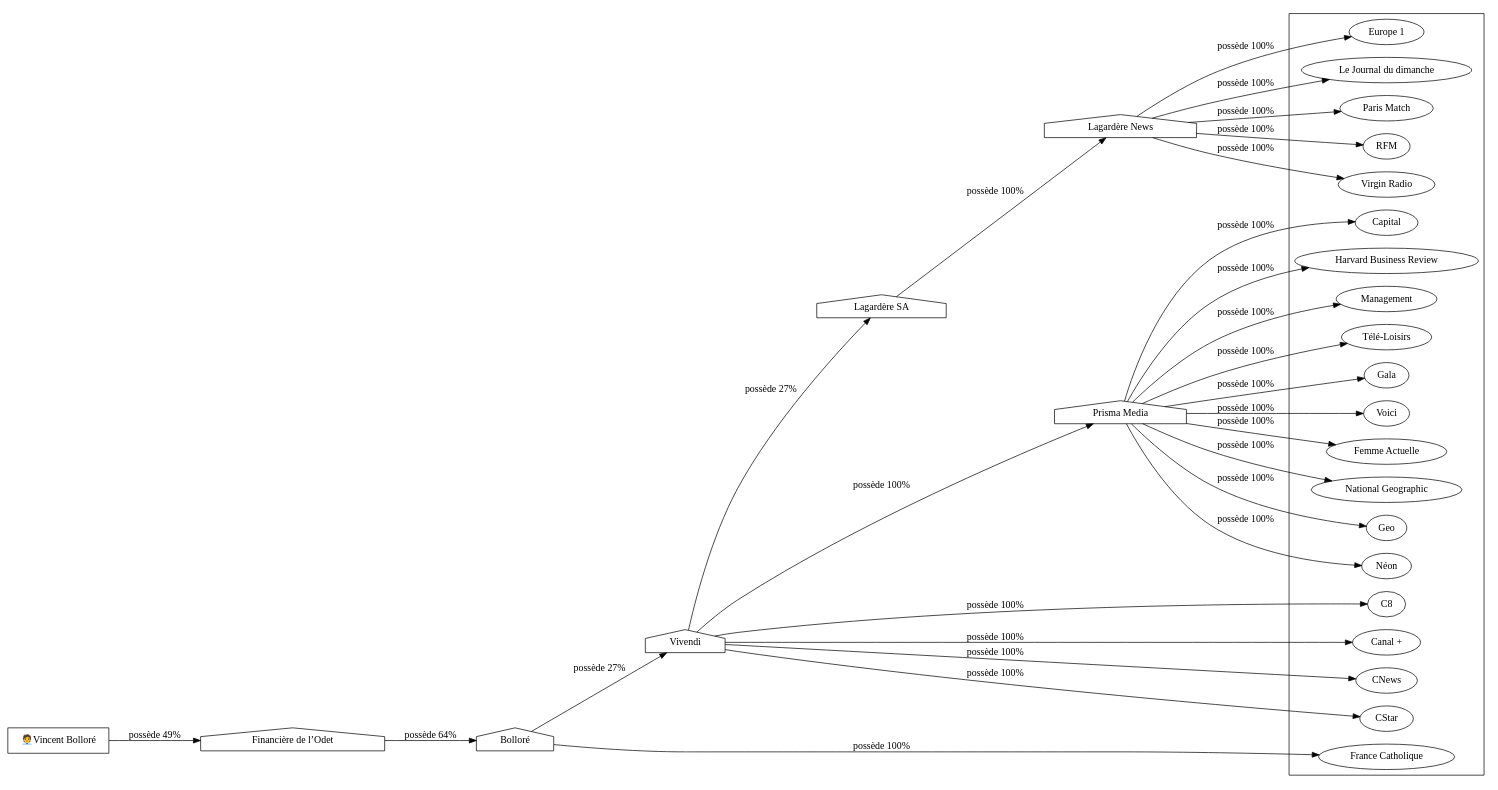
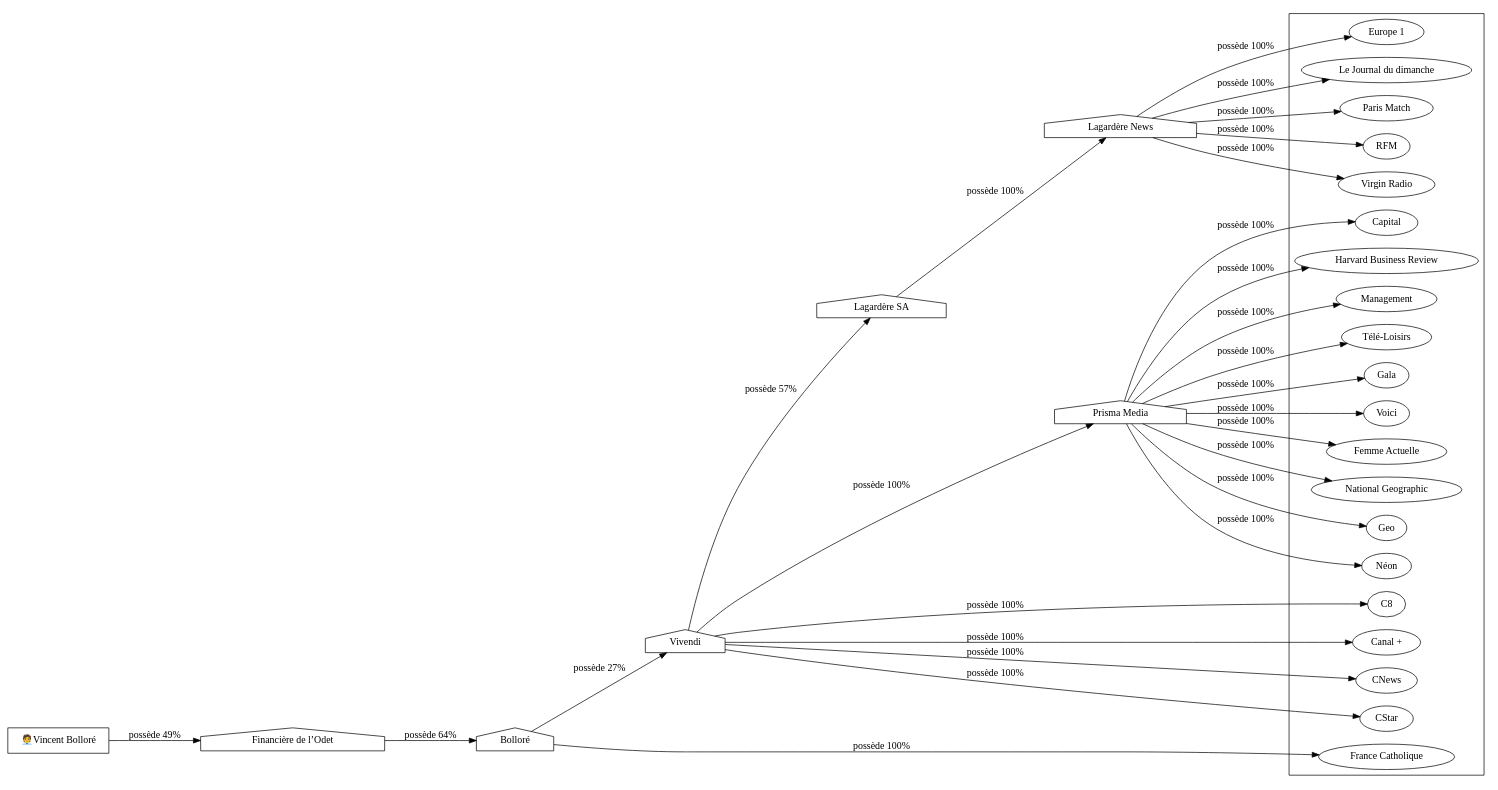
The diagram in 11ty_input/assets/vincent-bollore-77-relations-graph.dot (adipasquale/medias-wiki), drawn with Graphviz before and after one commit. The commit also changed 304 other files, not shown here.

```diff
--- a/11ty_input/assets/vincent-bollore-77-relations-graph.dot
+++ b/11ty_input/assets/vincent-bollore-77-relations-graph.dot
@@ -1,172 +1,172 @@
 digraph {
   rankdir=LR;
   subgraph roots {
     
       "vincent-bollore-77"[label="🧑‍💼Vincent Bolloré" shape=box]
     
   }
 
   
     "financiere-de-l-odet-78"[label="Financière de l’Odet" shape=house]
   
     "bollore-79"[label="Bolloré" shape=house]
   
     "vivendi-81"[label="Vivendi" shape=house]
   
     "lagardere-sa-69"[label="Lagardère SA" shape=house]
   
     "lagardere-news-70"[label="Lagardère News" shape=house]
   
     "prisma-media-106"[label="Prisma Media" shape=house]
   
 
   subgraph clusterLeaves {
     
       "europe-1-74"[label="Europe 1"]
     
       "le-journal-du-dimanche-71"[label="Le Journal du dimanche"]
     
       "paris-match-72"[label="Paris Match"]
     
       "rfm-75"[label="RFM"]
     
       "virgin-radio-76"[label="Virgin Radio"]
     
       "c8-83"[label="C8"]
     
       "canal-82"[label="Canal +"]
     
       "cnews-84"[label="CNews"]
     
       "cstar-85"[label="CStar"]
     
       "capital-107"[label="Capital"]
     
       "harvard-business-review-109"[label="Harvard Business Review"]
     
       "management-108"[label="Management"]
     
       "tele-loisirs-335"[label="Télé-Loisirs"]
     
       "gala-336"[label="Gala"]
     
       "voici-337"[label="Voici"]
     
       "femme-actuelle-338"[label="Femme Actuelle"]
     
       "national-geographic-339"[label="National Geographic"]
     
       "geo-340"[label="Geo"]
     
       "neon-347"[label="Néon"]
     
       "france-catholique-345"[label="France Catholique"]
     
   }
 
   
     "vincent-bollore-77" -> "financiere-de-l-odet-78" [
       label="possède 49%"
     ]
   
     "financiere-de-l-odet-78" -> "bollore-79" [
       label="possède 64%"
     ]
   
     "bollore-79" -> "vivendi-81" [
       label="possède 27%"
     ]
   
     "vivendi-81" -> "lagardere-sa-69" [
-      label="possède 27%"
+      label="possède 57%"
     ]
   
     "lagardere-sa-69" -> "lagardere-news-70" [
       label="possède 100%"
     ]
   
     "lagardere-news-70" -> "europe-1-74" [
       label="possède 100%"
     ]
   
     "lagardere-news-70" -> "le-journal-du-dimanche-71" [
       label="possède 100%"
     ]
   
     "lagardere-news-70" -> "paris-match-72" [
       label="possède 100%"
     ]
   
     "lagardere-news-70" -> "rfm-75" [
       label="possède 100%"
     ]
   
     "lagardere-news-70" -> "virgin-radio-76" [
       label="possède 100%"
     ]
   
     "vivendi-81" -> "c8-83" [
       label="possède 100%"
     ]
   
     "vivendi-81" -> "canal-82" [
       label="possède 100%"
     ]
   
     "vivendi-81" -> "cnews-84" [
       label="possède 100%"
     ]
   
     "vivendi-81" -> "cstar-85" [
       label="possède 100%"
     ]
   
     "vivendi-81" -> "prisma-media-106" [
       label="possède 100%"
     ]
   
     "prisma-media-106" -> "capital-107" [
       label="possède 100%"
     ]
   
     "prisma-media-106" -> "harvard-business-review-109" [
       label="possède 100%"
     ]
   
     "prisma-media-106" -> "management-108" [
       label="possède 100%"
     ]
   
     "prisma-media-106" -> "tele-loisirs-335" [
       label="possède 100%"
     ]
   
     "prisma-media-106" -> "gala-336" [
       label="possède 100%"
     ]
   
     "prisma-media-106" -> "voici-337" [
       label="possède 100%"
     ]
   
     "prisma-media-106" -> "femme-actuelle-338" [
       label="possède 100%"
     ]
   
     "prisma-media-106" -> "national-geographic-339" [
       label="possède 100%"
     ]
   
     "prisma-media-106" -> "geo-340" [
       label="possède 100%"
     ]
   
     "prisma-media-106" -> "neon-347" [
       label="possède 100%"
     ]
   
     "bollore-79" -> "france-catholique-345" [
       label="possède 100%"
     ]
   
 }
```
